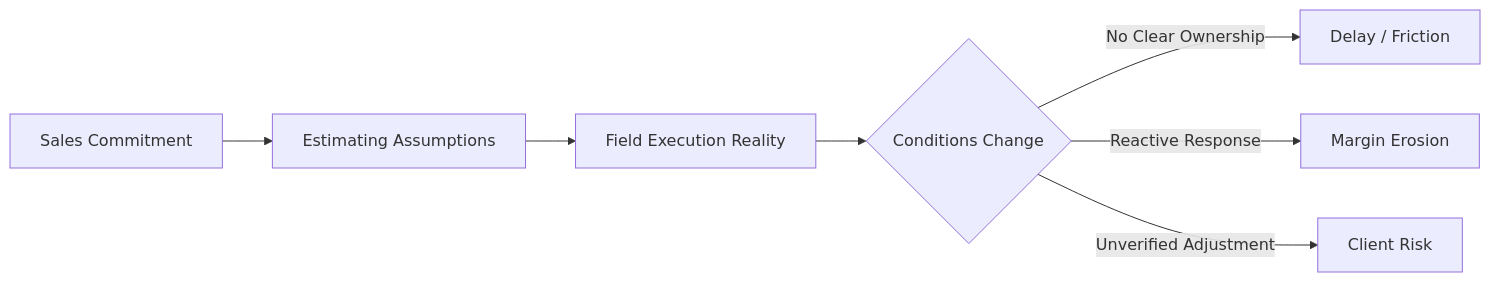
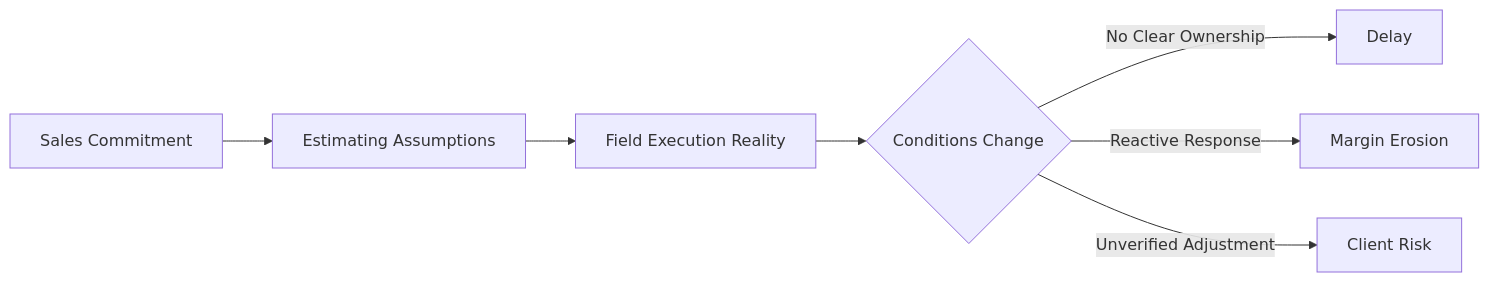
One commit to emcdo411/dgcsinc-architecture-discovery changed the diagram in README.md. Above: the diagram before and after it, drawn with Mermaid. The commit also changed other lines of this file, not shown here.

`````diff
--- a/README.md
+++ b/README.md
@@ -121,9 +161,9 @@
 ```mermaid
 flowchart LR
     A[Sales Commitment] --> B[Estimating Assumptions]
     B --> C[Field Execution Reality]
     C --> D{Conditions Change}
-    D -->|No Clear Ownership| E[Delay / Friction]
+    D -->|No Clear Ownership| E[Delay]
     D -->|Reactive Response| F[Margin Erosion]
     D -->|Unverified Adjustment| G[Client Risk]
-```
+````
`````
